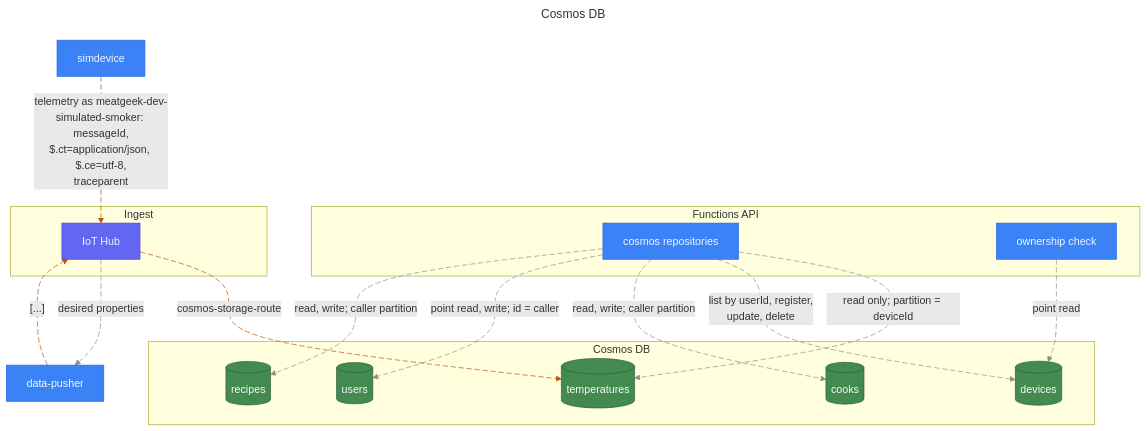
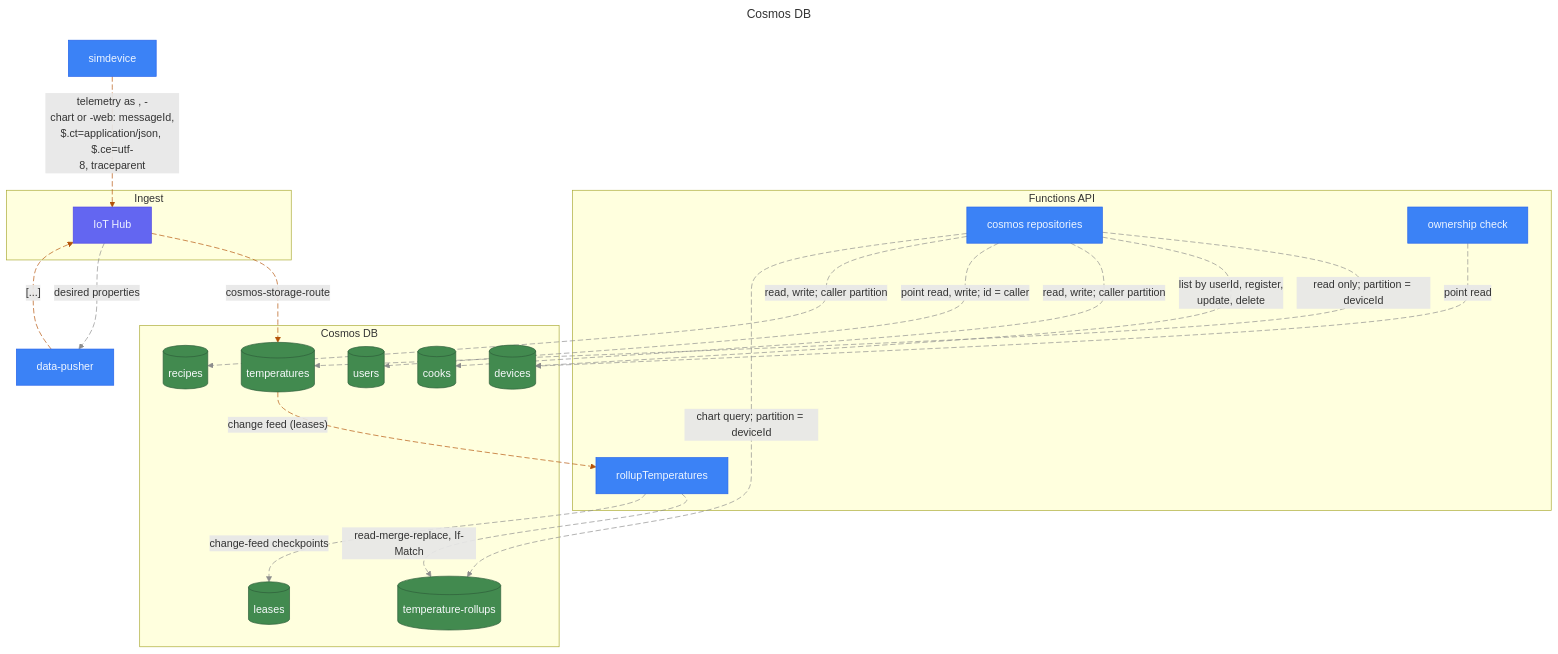
One commit to stevebargelt/meatgeekv2 changed the sixth of 17 diagrams in docs/architecture/diagrams.md. Above: the diagram before and after it, drawn with Mermaid. The commit also changed other lines of this file and 11 other files, not shown here.

First line of the commit message:
docs(architecture): HAR-103 draw the live web app, the chart read model, Vercel and the browser tests

````diff
--- a/docs/architecture/diagrams.md
+++ b/docs/architecture/diagrams.md
@@ -503,44 +552,51 @@
 ```mermaid
 ---
 title: "Cosmos DB"
 ---
 graph TB
   subgraph MeatgeekCloudApi["`Functions API`"]
     MeatgeekCloudApi.Repos@{ shape: rectangle, label: "cosmos repositories" }
     MeatgeekCloudApi.Ownership@{ shape: rectangle, label: "ownership check" }
+    MeatgeekCloudApi.Rollup@{ shape: rectangle, label: "rollupTemperatures" }
   end
   DeliverySimdevice@{ shape: rectangle, label: "simdevice" }
   subgraph MeatgeekCloudIngest["`Ingest`"]
     MeatgeekCloudIngest.Iothub@{ shape: rectangle, label: "IoT Hub" }
   end
   subgraph MeatgeekCloudData["`Cosmos DB`"]
     MeatgeekCloudData.Temperatures@{ shape: cylinder, label: "temperatures" }
     MeatgeekCloudData.Devices@{ shape: cylinder, label: "devices" }
     MeatgeekCloudData.Cooks@{ shape: cylinder, label: "cooks" }
     MeatgeekCloudData.Users@{ shape: cylinder, label: "users" }
     MeatgeekCloudData.Recipes@{ shape: cylinder, label: "recipes" }
+    MeatgeekCloudData.TemperatureRollups@{ shape: cylinder, label: "temperature-rollups" }
+    MeatgeekCloudData.Leases@{ shape: cylinder, label: "leases" }
   end
   MeatgeekEdgePusher@{ shape: rectangle, label: "data-pusher" }
   MeatgeekCloudApi.Repos -. "`read only; partition = deviceId`" .-> MeatgeekCloudData.Temperatures
   MeatgeekCloudApi.Repos -. "`list by userId, register,
 update, delete`" .-> MeatgeekCloudData.Devices
   MeatgeekCloudApi.Repos -. "`read, write; caller partition`" .-> MeatgeekCloudData.Cooks
   MeatgeekCloudApi.Repos -. "`point read, write; id = caller`" .-> MeatgeekCloudData.Users
   MeatgeekCloudApi.Repos -. "`read, write; caller partition`" .-> MeatgeekCloudData.Recipes
+  MeatgeekCloudApi.Repos -. "`chart query; partition = deviceId`" .-> MeatgeekCloudData.TemperatureRollups
   MeatgeekCloudApi.Ownership -. "`point read`" .-> MeatgeekCloudData.Devices
   MeatgeekCloudIngest.Iothub -. "`cosmos-storage-route`" .-> MeatgeekCloudData.Temperatures
+  MeatgeekCloudData.Temperatures -. "`change feed (leases)`" .-> MeatgeekCloudApi.Rollup
+  MeatgeekCloudApi.Rollup -. "`read-merge-replace, If-Match`" .-> MeatgeekCloudData.TemperatureRollups
+  MeatgeekCloudApi.Rollup -. "`change-feed checkpoints`" .-> MeatgeekCloudData.Leases
   MeatgeekCloudIngest.Iothub -. "`desired properties`" .-> MeatgeekEdgePusher
   MeatgeekEdgePusher -. "`[...]`" .-> MeatgeekCloudIngest.Iothub
-  DeliverySimdevice -. "`telemetry as meatgeek-dev-
-simulated-smoker: messageId,
-$.ct=application/json, $.ce=utf-8,
-traceparent`" .-> MeatgeekCloudIngest.Iothub
+  DeliverySimdevice -. "`telemetry as <sim>, <sim>-
+chart or <sim>-web: messageId,
+$.ct=application/json, $.ce=utf-
+8, traceparent`" .-> MeatgeekCloudIngest.Iothub
   classDef primary fill:#3b82f6,stroke:#2563eb,color:#eff6ff
-  class DeliverySimdevice,MeatgeekCloudApi.Repos,MeatgeekCloudApi.Ownership,MeatgeekEdgePusher primary
+  class DeliverySimdevice,MeatgeekCloudApi.Repos,MeatgeekCloudApi.Ownership,MeatgeekEdgePusher,MeatgeekCloudApi.Rollup primary
   classDef indigo fill:#6366f1,stroke:#4f46e5,color:#eef2ff
   class MeatgeekCloudIngest.Iothub indigo
   classDef green fill:#428a4f,stroke:#2d5d39,color:#f8fafc
-  class MeatgeekCloudData.Temperatures,MeatgeekCloudData.Devices,MeatgeekCloudData.Cooks,MeatgeekCloudData.Users,MeatgeekCloudData.Recipes green
-  linkStyle 0,1,2,3,4,5,7 stroke:#8D8D8D,stroke-dasharray:8 4
-  linkStyle 6,8,9 stroke:#b45309,stroke-dasharray:8 4
+  class MeatgeekCloudData.Temperatures,MeatgeekCloudData.Devices,MeatgeekCloudData.Cooks,MeatgeekCloudData.Users,MeatgeekCloudData.Recipes,MeatgeekCloudData.TemperatureRollups,MeatgeekCloudData.Leases green
+  linkStyle 0,1,2,3,4,5,6,9,10,11 stroke:#8D8D8D,stroke-dasharray:8 4
+  linkStyle 7,8,12,13 stroke:#b45309,stroke-dasharray:8 4
 ```
````
